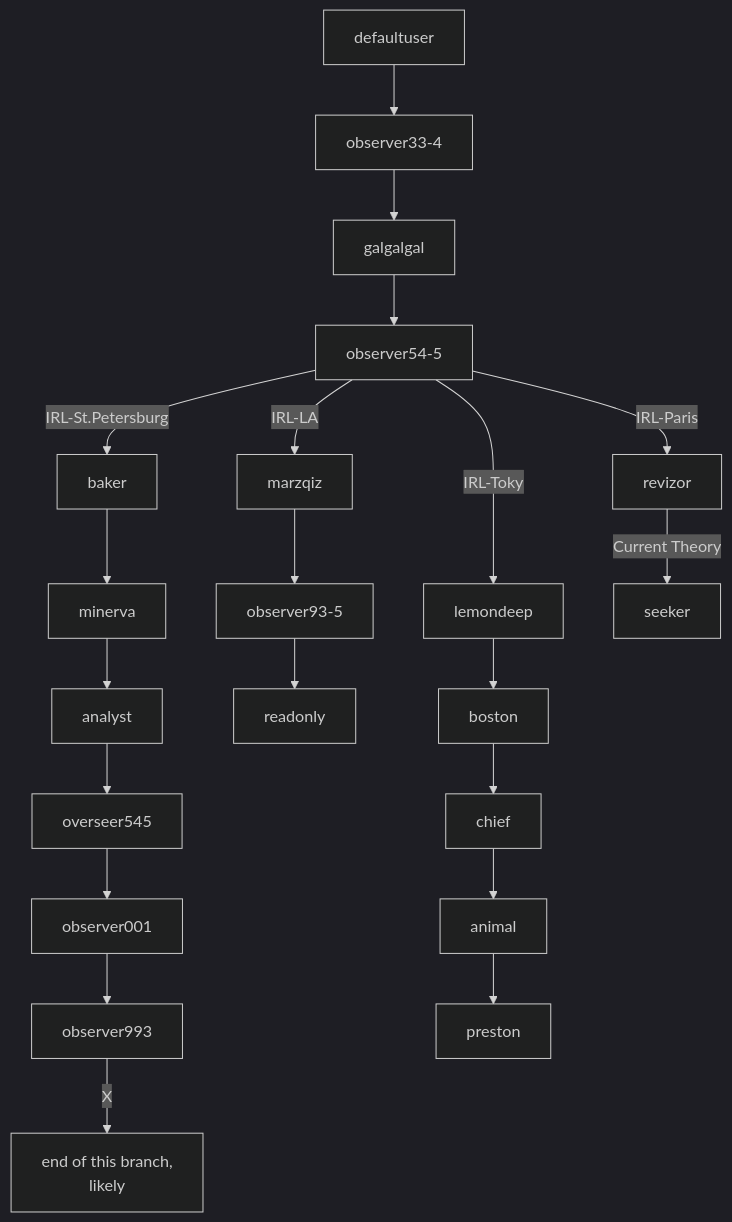
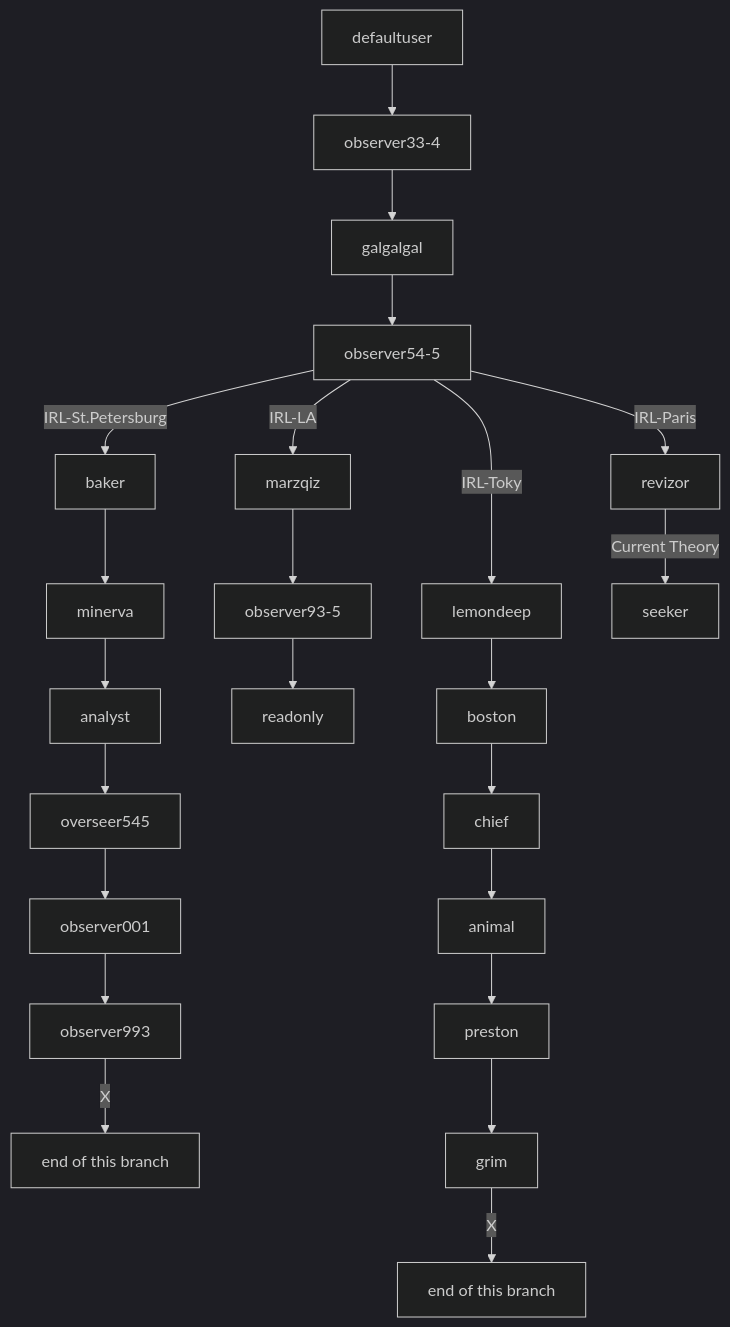
One commit to Philsie/ARRS-documentation changed the diagram in README.md. Above: the diagram before and after it, drawn with Mermaid (dark theme). The commit also changed other lines of this file, not shown here.

Commit message:
end of japan branch

````diff
--- a/README.md
+++ b/README.md
@@ -29,23 +31,25 @@
 ```mermaid
 graph TD;
     defaultuser-->observer33-4;
     observer33-4-->galgalgal;
     galgalgal-->observer54-5;
     observer54-5--IRL-Paris-->revizor;
     observer54-5--IRL-LA-->marzqiz;
     observer54-5--IRL-St.Petersburg-->baker;
     observer54-5--IRL-Tokyo-->lemondeep;
     baker-->minerva;
     minerva-->analyst;
     analyst-->overseer545;
     overseer545-->observer001;
     observer001-->observer993;
-    observer993--X-->russiaEnd["end of this branch,\n likely"];
+    observer993--X-->russiaEnd["end of this branch"];
     marzqiz-->observer93-5;
     observer93-5-->readonly;
     revizor--Current Theory-->seeker;
     lemondeep-->boston;
     boston-->chief;
     chief-->animal;
     animal-->preston;
+    preston-->grim;
+    grim--X-->japanEnd["end of this branch"];
 ```
````
